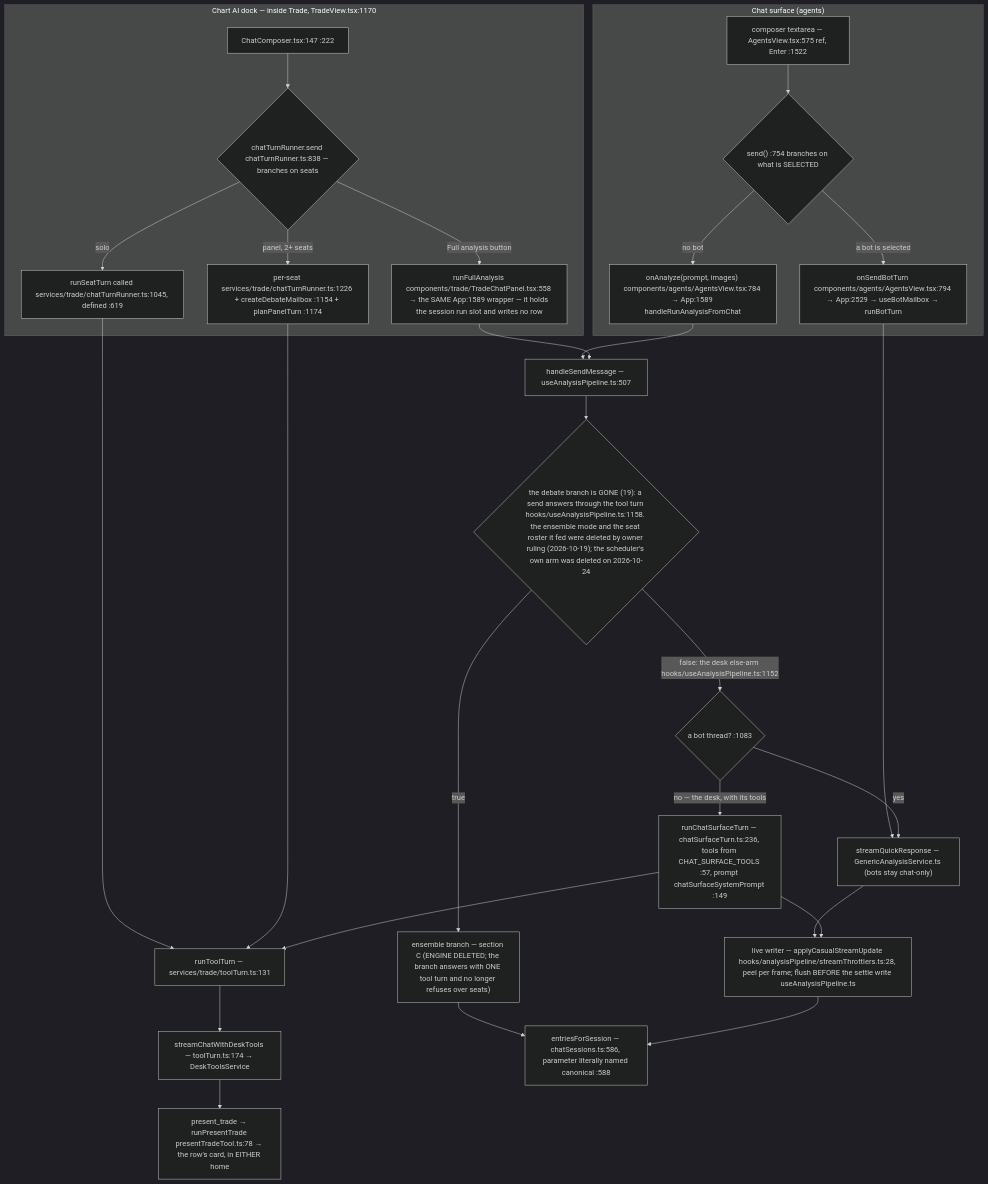
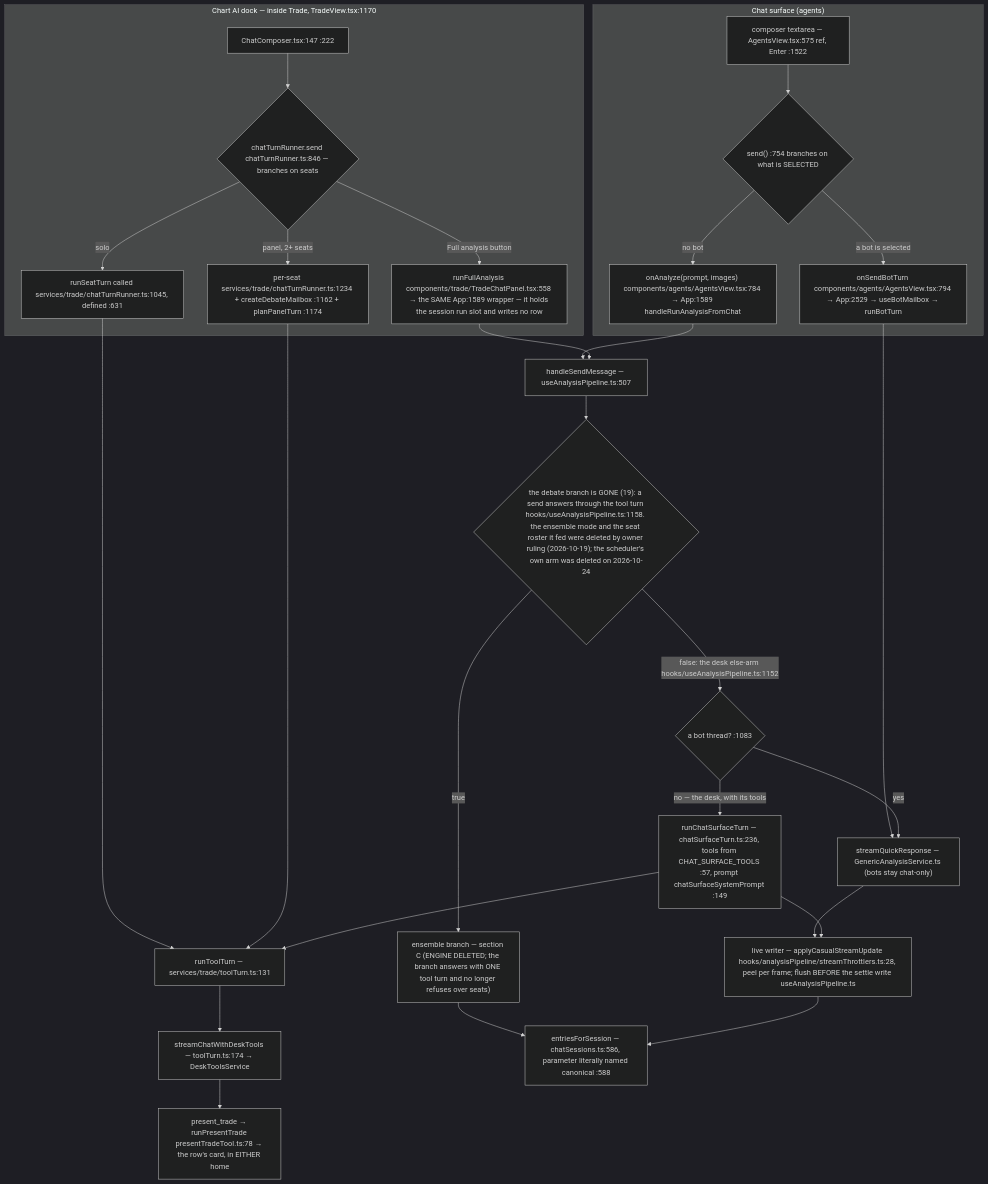
Before and after one commit to Acepay25/august-3.5: the second of 8 diagrams in docs/app-flow.md, drawn with Mermaid (dark theme). The commit also changed other lines of this file and 1 other file, not shown here.

````diff
--- a/docs/app-flow.md
+++ b/docs/app-flow.md
@@ -73,31 +78,31 @@
 ```mermaid
 flowchart TD
     subgraph CHAT["Chat surface (agents)"]
         CB["composer textarea — AgentsView.tsx:575 ref, Enter :1522"] --> D1{"send() :754 branches on what is SELECTED"}
         D1 -->|a bot is selected| BOT["onSendBotTurn components/agents/AgentsView.tsx:794 → App:2529 → useBotMailbox → runBotTurn"]
         D1 -->|no bot| AN["onAnalyze(prompt, images) components/agents/AgentsView.tsx:784 → App:1589 handleRunAnalysisFromChat"]
     end
     subgraph DOCK["Chart AI dock — inside Trade, TradeView.tsx:1170"]
-        DC["ChatComposer.tsx:147 :222"] --> D2{"chatTurnRunner.send chatTurnRunner.ts:838 — branches on seats"}
-        D2 -->|solo| SO["runSeatTurn called services/trade/chatTurnRunner.ts:1045, defined :619"]
-        D2 -->|panel, 2+ seats| PN["per-seat services/trade/chatTurnRunner.ts:1226 + createDebateMailbox :1154 + planPanelTurn :1174"]
+        DC["ChatComposer.tsx:147 :222"] --> D2{"chatTurnRunner.send chatTurnRunner.ts:846 — branches on seats"}
+        D2 -->|solo| SO["runSeatTurn called services/trade/chatTurnRunner.ts:1045, defined :631"]
+        D2 -->|panel, 2+ seats| PN["per-seat services/trade/chatTurnRunner.ts:1234 + createDebateMailbox :1162 + planPanelTurn :1174"]
         D2 -->|Full analysis button| FA["runFullAnalysis components/trade/TradeChatPanel.tsx:558 → the SAME App:1589 wrapper — it holds the session run slot and writes no row"]
     end
     SO --> TT["runToolTurn — services/trade/toolTurn.ts:131"]
     PN --> TT
     TT --> SCDT["streamChatWithDeskTools — toolTurn.ts:174 → DeskToolsService"]
     BOT --> TR["streamQuickResponse — GenericAnalysisService.ts (bots stay chat-only)"]
     AN --> HSM["handleSendMessage — useAnalysisPipeline.ts:507"]
     FA --> HSM
     HSM --> D3{"the debate branch is GONE (19): a send answers through the tool turn hooks/useAnalysisPipeline.ts:1158. the ensemble mode and the seat roster it fed were deleted by owner ruling (2026-10-19); the scheduler's own arm was deleted on 2026-10-24"}
     D3 -->|true| ENS["ensemble branch — section C (ENGINE DELETED; the branch answers with ONE tool turn and no longer refuses over seats)"]
     D3 -->|false: the desk else-arm hooks/useAnalysisPipeline.ts:1152| SPLIT{"a bot thread? :1083"}
     SPLIT -->|yes| TR
     SPLIT -->|no — the desk, with its tools| CST["runChatSurfaceTurn — chatSurfaceTurn.ts:236, tools from CHAT_SURFACE_TOOLS :57, prompt chatSurfaceSystemPrompt :149"]
     CST --> TT
     TR --> LW["live writer — applyCasualStreamUpdate hooks/analysisPipeline/streamThrottlers.ts:28, peel per frame; flush BEFORE the settle write useAnalysisPipeline.ts"]
     CST --> LW
     ENS --> MERGE
     LW --> MERGE["entriesForSession — chatSessions.ts:586, parameter literally named canonical :588"]
     SCDT --> PT["present_trade → runPresentTrade presentTradeTool.ts:78 → the row's card, in EITHER home"]
 ```
````
